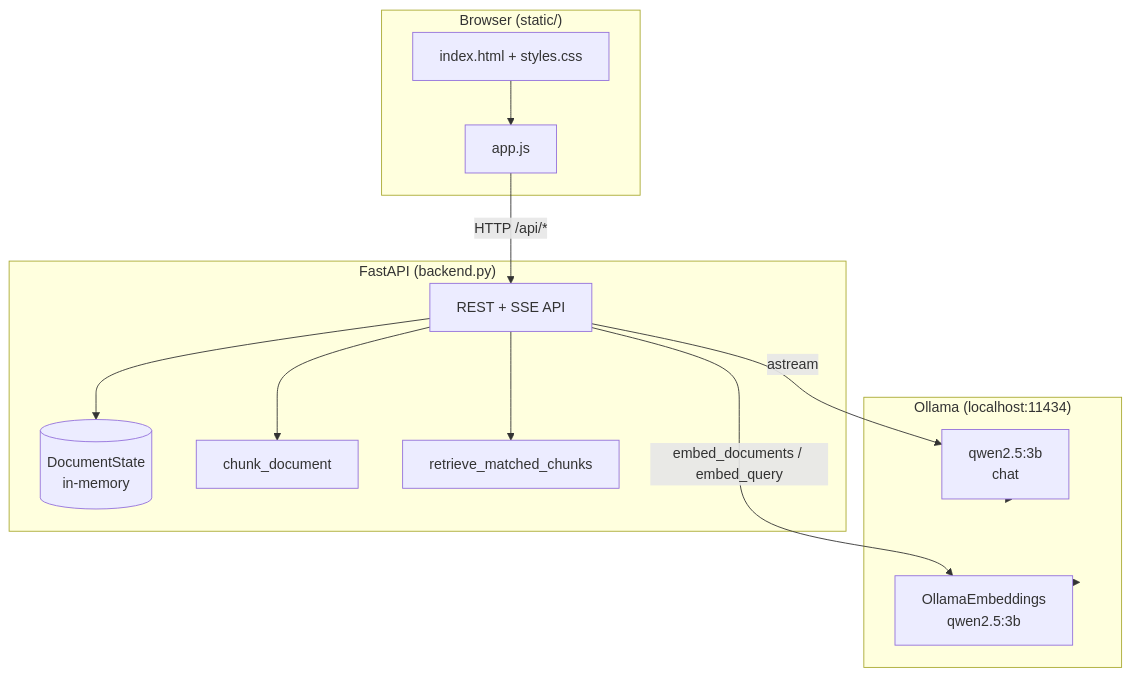
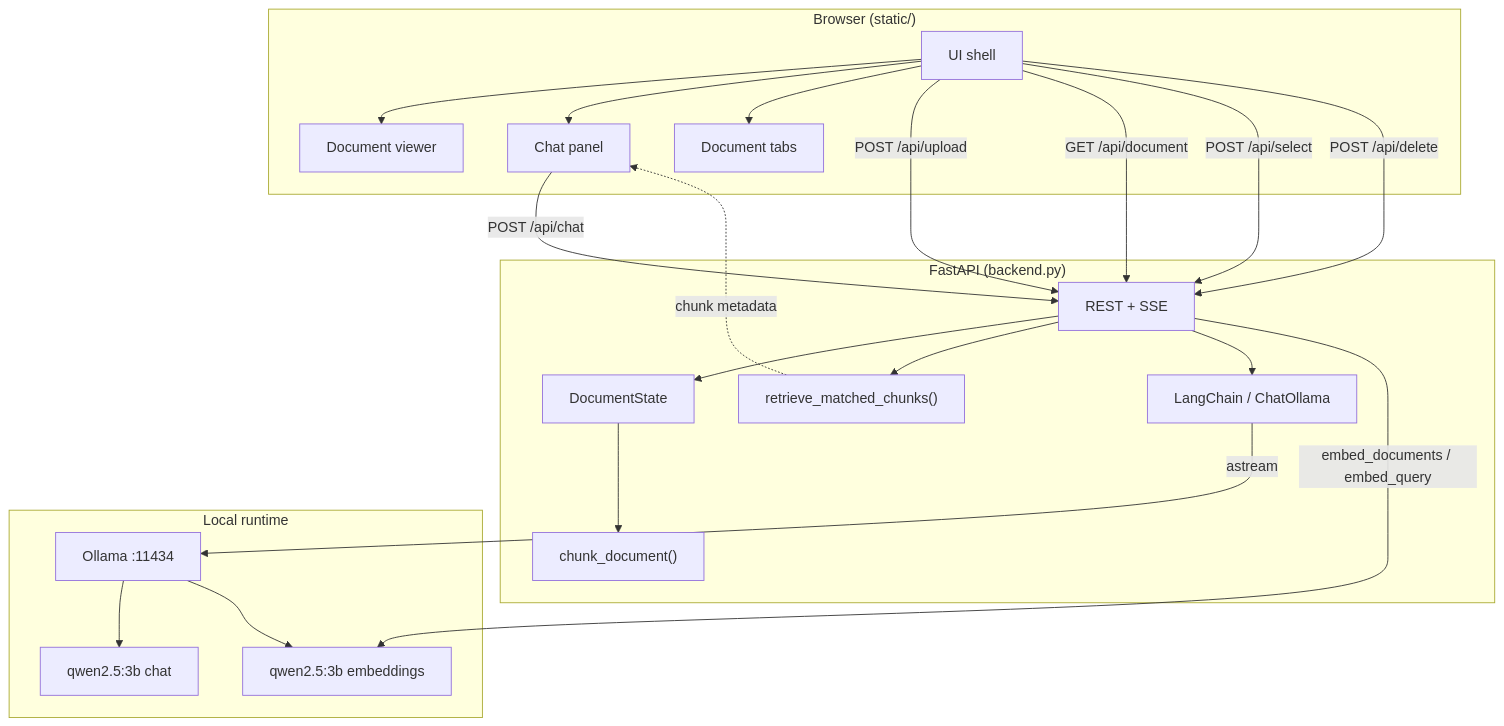
One commit to Garvit-821/Private-Legal-Research-Agent changed the first of 8 diagrams in README.md. Above: the diagram before and after it, drawn with Mermaid. The commit also changed other lines of this file and 1 other file, not shown here.

````diff
--- a/README.md
+++ b/README.md
@@ -155,29 +88,41 @@
 ```mermaid
-flowchart TB
-    subgraph Client["Browser (static/)"]
-        UI[index.html + styles.css]
-        JS[app.js]
+graph TB
+    subgraph Browser["Browser (static/)"]
+        UI["UI shell"]
+        DV["Document viewer"]
+        CP["Chat panel"]
+        Tabs["Document tabs"]
+        UI --> DV
+        UI --> CP
+        UI --> Tabs
     end
 
     subgraph Server["FastAPI (backend.py)"]
-        API[REST + SSE API]
-        State[(DocumentState\nin-memory)]
-        Chunker[chunk_document]
-        Retrieve[retrieve_matched_chunks]
+        API["REST + SSE"]
+        DS["DocumentState"]
+        CH["chunk_document()"]
+        RET["retrieve_matched_chunks()"]
+        LC["LangChain / ChatOllama"]
+        API --> DS
+        DS --> CH
+        API --> RET
+        API --> LC
     end
 
-    subgraph Ollama["Ollama (localhost:11434)"]
-        ChatLLM[qwen2.5:3b\nchat]
-        Embed[OllamaEmbeddings\nqwen2.5:3b]
+    subgraph Local["Local runtime"]
+        OL["Ollama :11434"]
+        CHAT["qwen2.5:3b chat"]
+        EMB["qwen2.5:3b embeddings"]
+        OL --> CHAT
+        OL --> EMB
     end
 
-    UI --> JS
-    JS -->|HTTP /api/*| API
-    API --> State
-    API --> Chunker
-    API --> Retrieve
-    API -->|embed_documents / embed_query| Embed
-    API -->|astream| ChatLLM
-    Embed --> Ollama
-    ChatLLM --> Ollama
+    CP -->|POST /api/chat| API
+    UI -->|POST /api/upload| API
+    UI -->|GET /api/document| API
+    UI -->|POST /api/select| API
+    UI -->|POST /api/delete| API
+    LC -->|astream| OL
+    API -->|embed_documents / embed_query| EMB
+    RET -.->|chunk metadata| CP
 ```
````
